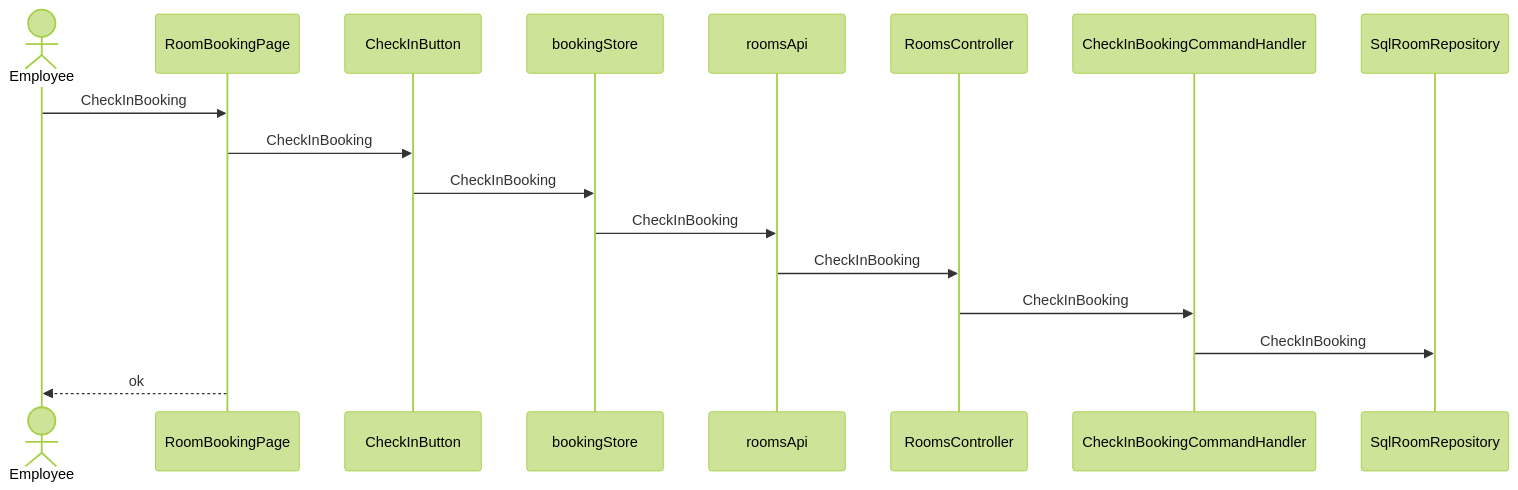
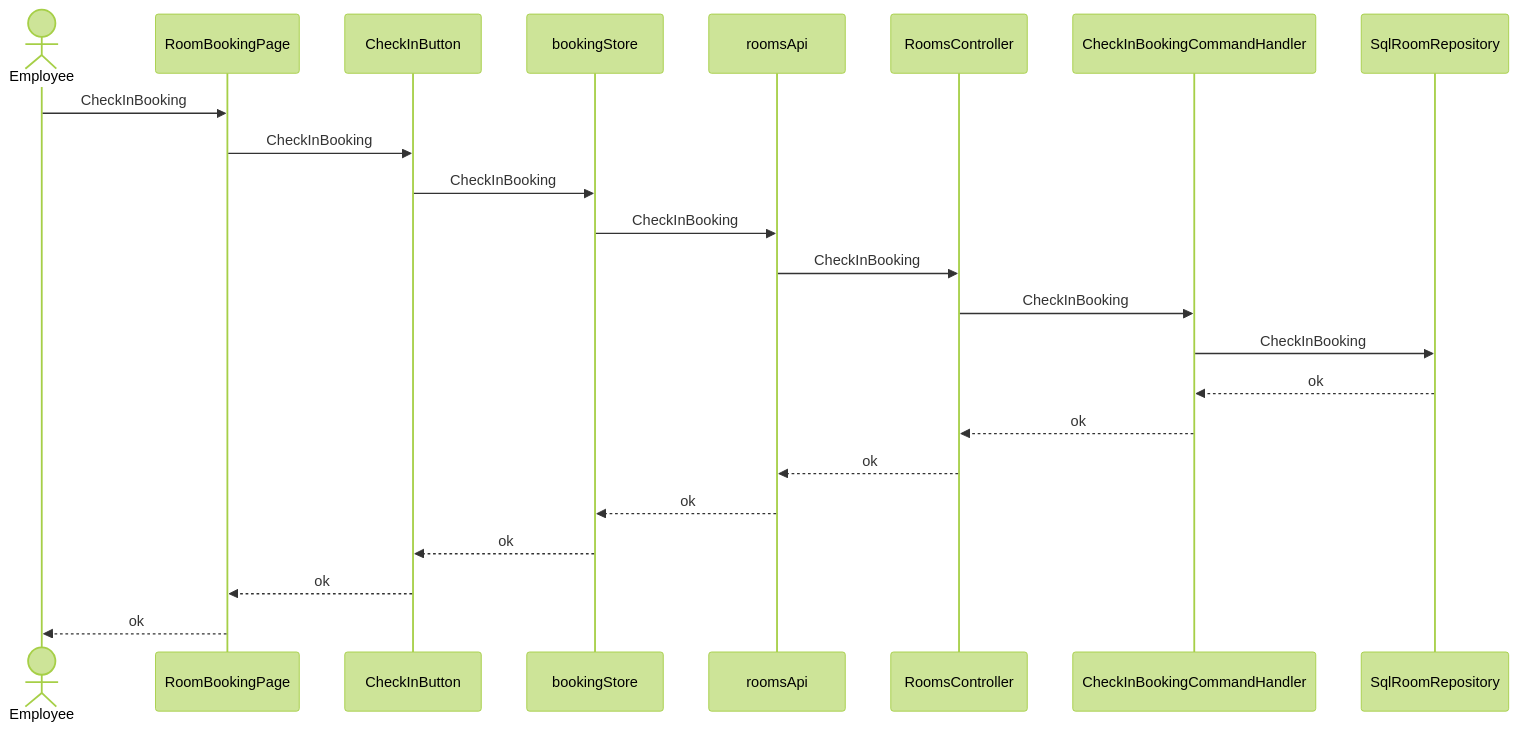
The fifth of 6 diagrams in skills/spec-dev-process/examples/matrix/fs-front-zh-s2/specs/rd/room-booking/spec/30-architecture-c4.md (pin0513/AITools), drawn with Mermaid (forest theme) before and after one commit. The commit also changed other lines of this file and 257 other files, not shown here.

````diff
--- a/skills/spec-dev-process/examples/matrix/fs-front-zh-s2/specs/rd/room-booking/spec/30-architecture-c4.md
+++ b/skills/spec-dev-process/examples/matrix/fs-front-zh-s2/specs/rd/room-booking/spec/30-architecture-c4.md
@@ -147,19 +154,25 @@
 ```mermaid
 sequenceDiagram
   actor U as Employee
   participant CMP001 as RoomBookingPage
   participant CMP003 as CheckInButton
   participant CMP005 as bookingStore
   participant CMP006 as roomsApi
   participant CMP007 as RoomsController
   participant CMP009 as CheckInBookingCommandHandler
   participant CMP012 as SqlRoomRepository
   U->>CMP001: CheckInBooking
   CMP001->>CMP003: CheckInBooking
   CMP003->>CMP005: CheckInBooking
   CMP005->>CMP006: CheckInBooking
   CMP006->>CMP007: CheckInBooking
   CMP007->>CMP009: CheckInBooking
   CMP009->>CMP012: CheckInBooking
+  CMP012-->>CMP009: ok
+  CMP009-->>CMP007: ok
+  CMP007-->>CMP006: ok
+  CMP006-->>CMP005: ok
+  CMP005-->>CMP003: ok
+  CMP003-->>CMP001: ok
   CMP001-->>U: ok
 ```
````
